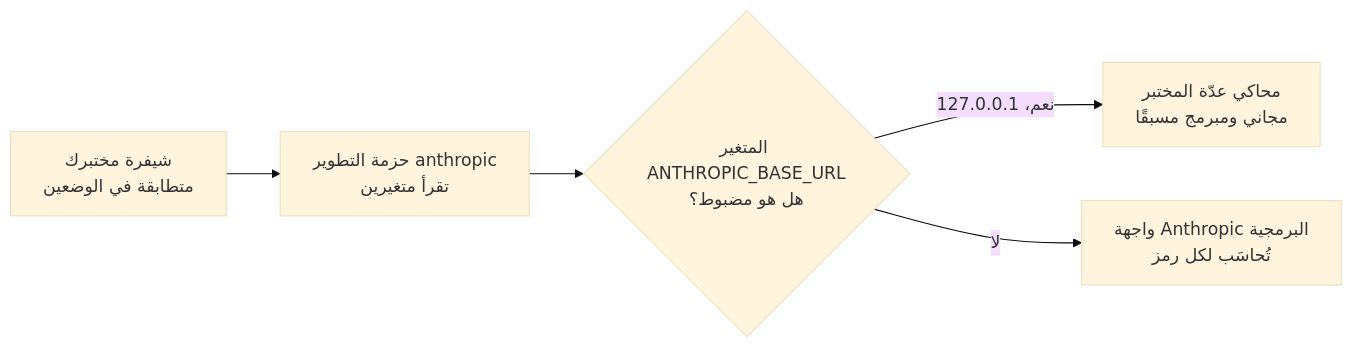
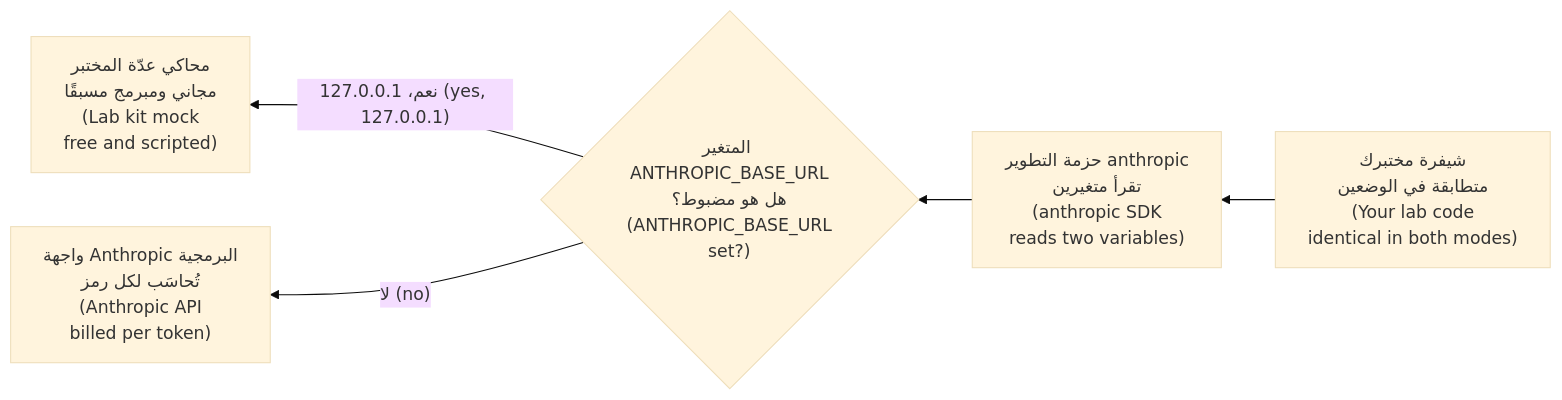
Before and after one commit to Tamoura/system-design-for-vibe-coders: the second of 3 diagrams in aiapps/modules/00-orientation.ar.md, drawn with Mermaid (base theme). The commit also changed other lines of this file and 17 other files, not shown here.

First line of the commit message:
AI applications & agents: Arabic edition complete (RTL diagrams, diagram glosses, translated 60-question exam)

````diff
--- a/aiapps/modules/00-orientation.ar.md
+++ b/aiapps/modules/00-orientation.ar.md
@@ -336,7 +336,7 @@
 ```mermaid
-flowchart LR
-    L["شيفرة مختبرك<br/>متطابقة في الوضعين"] --> K["حزمة التطوير anthropic<br/>تقرأ متغيرين"]
-    K --> Q{"المتغير ANTHROPIC_BASE_URL<br/>هل هو مضبوط؟"}
-    Q -->|"نعم، 127.0.0.1"| M["محاكي عدّة المختبر<br/>مجاني ومبرمج مسبقًا"]
-    Q -->|"لا"| R["واجهة Anthropic البرمجية<br/>تُحاسَب لكل رمز"]
+flowchart RL
+    L["شيفرة مختبرك<br/>متطابقة في الوضعين<br/>(Your lab code<br/>identical in both modes)"] --> K["حزمة التطوير anthropic<br/>تقرأ متغيرين<br/>(anthropic SDK<br/>reads two variables)"]
+    K --> Q{"المتغير ANTHROPIC_BASE_URL<br/>هل هو مضبوط؟<br/>(ANTHROPIC_BASE_URL<br/>set?)"}
+    Q -->|"نعم، 127.0.0.1 (yes, 127.0.0.1)"| M["محاكي عدّة المختبر<br/>مجاني ومبرمج مسبقًا<br/>(Lab kit mock<br/>free and scripted)"]
+    Q -->|"لا (no)"| R["واجهة Anthropic البرمجية<br/>تُحاسَب لكل رمز<br/>(Anthropic API<br/>billed per token)"]
 ```
````
